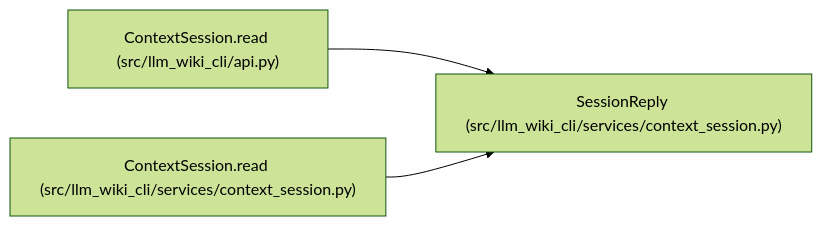
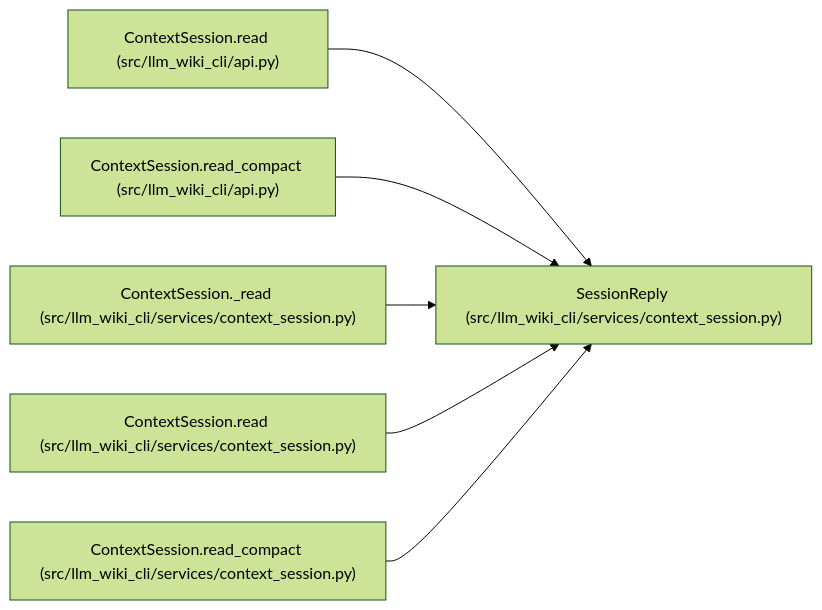
The diagram in docs/llm_wiki/entities/SessionReply.md (Denissvgn/python-wiki-llm), drawn with Mermaid (forest theme) before and after one commit. The commit also changed other lines of this file and 1410 other files, not shown here.

````diff
--- a/docs/llm_wiki/entities/SessionReply.md
+++ b/docs/llm_wiki/entities/SessionReply.md
@@ -33,11 +33,20 @@
 ```mermaid
 flowchart LR
     n0["SessionReply (src/llm_wiki_cli/services/context_session.py)"]
     n1["ContextSession.read (src/llm_wiki_cli/api.py)"]
-    n2["ContextSession.read (src/llm_wiki_cli/services/context_session.py)"]
+    n2["ContextSession.read_compact (src/llm_wiki_cli/api.py)"]
+    n3["ContextSession._read (src/llm_wiki_cli/services/context_session.py)"]
+    n4["ContextSession.read (src/llm_wiki_cli/services/context_session.py)"]
+    n5["ContextSession.read_compact (src/llm_wiki_cli/services/context_session.py)"]
     n1 --> n0
     n2 --> n0
+    n3 --> n0
+    n4 --> n0
+    n5 --> n0
     click n0 "../modules/context_session.md"
     click n1 "../modules/api.md"
-    click n2 "../modules/context_session.md"
+    click n2 "../modules/api.md"
+    click n3 "../modules/context_session.md"
+    click n4 "../modules/context_session.md"
+    click n5 "../modules/context_session.md"
 ```
````
